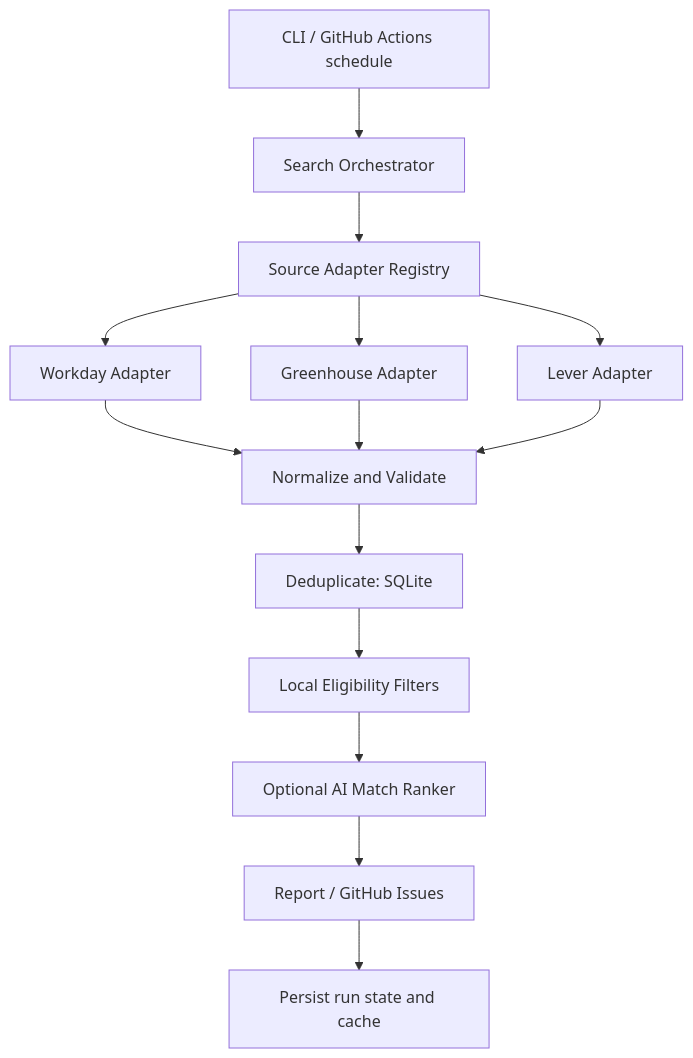
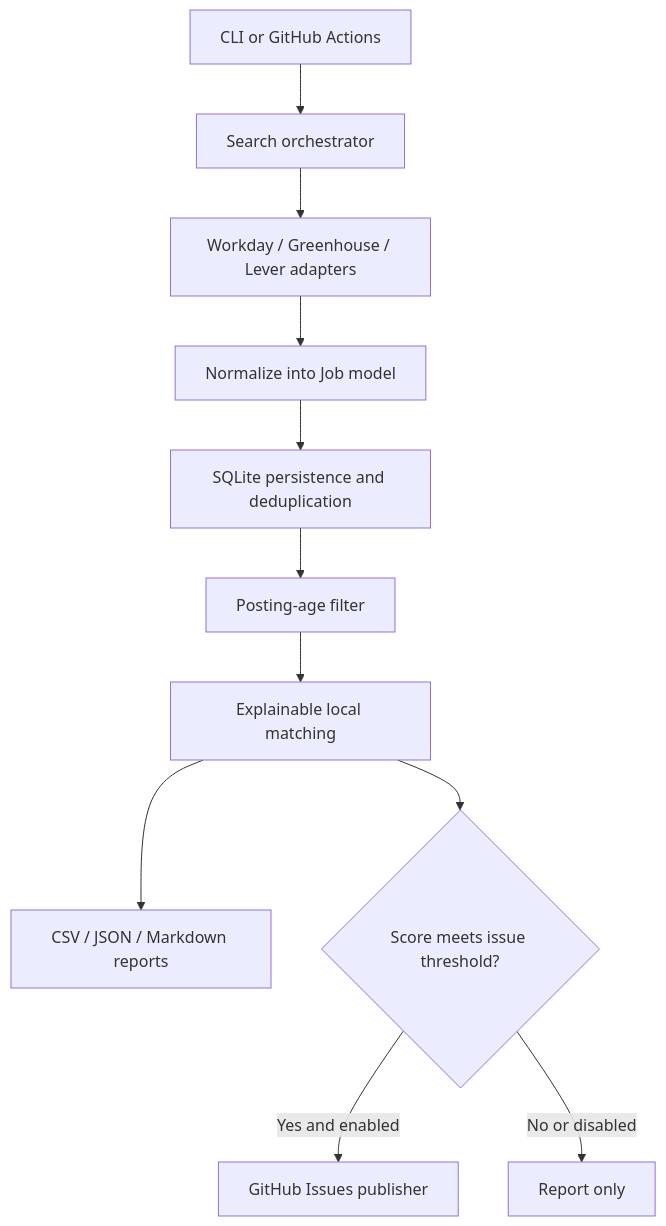
The diagram in README.md (dsp0redy/job-searcher), drawn with Mermaid before and after one commit. The commit also changed other lines of this file, not shown here.

Commit message:
docs: describe implemented job search pipeline accurately

````diff
--- a/README.md
+++ b/README.md
@@ -14,14 +18,13 @@
 ```mermaid
 flowchart TD
-  A[CLI / GitHub Actions schedule] --> B[Search Orchestrator]
-  B --> C[Source Adapter Registry]
-  C --> D[Workday Adapter]
-  C --> E[Greenhouse Adapter]
-  C --> F[Lever Adapter]
-  D & E & F --> G[Normalize and Validate]
-  G --> H[Deduplicate: SQLite]
-  H --> I[Local Eligibility Filters]
-  I --> J[Optional AI Match Ranker]
-  J --> K[Report / GitHub Issues]
-  K --> L[Persist run state and cache]
+  A[CLI or GitHub Actions] --> B[Search orchestrator]
+  B --> C[Workday / Greenhouse / Lever adapters]
+  C --> D[Normalize into Job model]
+  D --> E[SQLite persistence and deduplication]
+  E --> F[Posting-age filter]
+  F --> G[Explainable local matching]
+  G --> H[CSV / JSON / Markdown reports]
+  G --> I{Score meets issue threshold?}
+  I -->|Yes and enabled| J[GitHub Issues publisher]
+  I -->|No or disabled| K[Report only]
 ```
````
